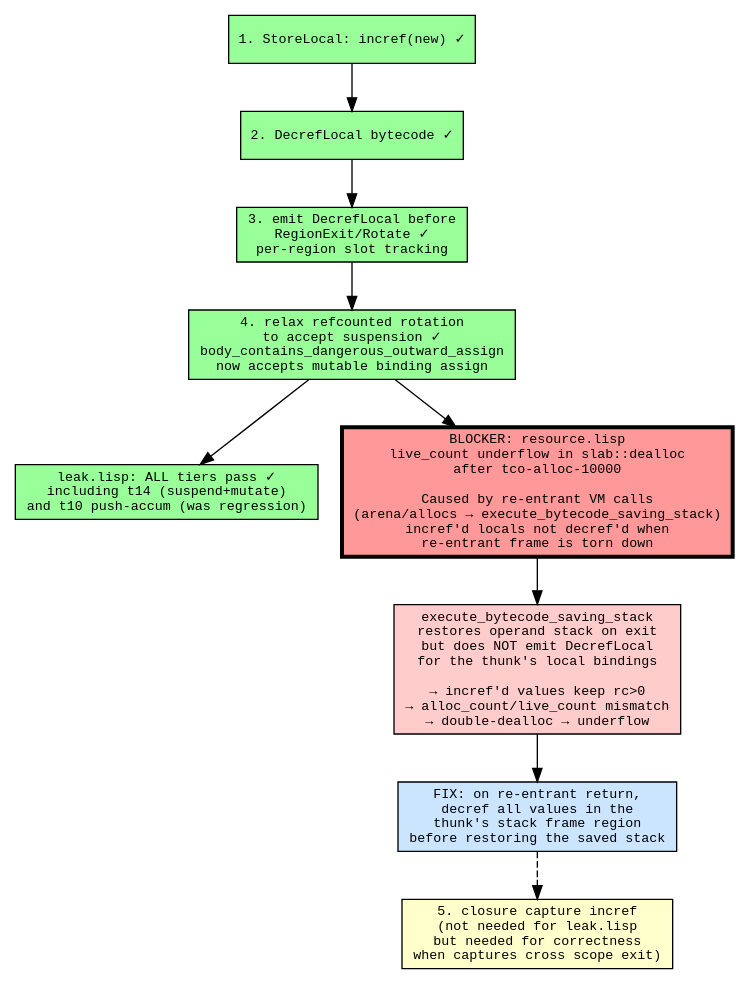
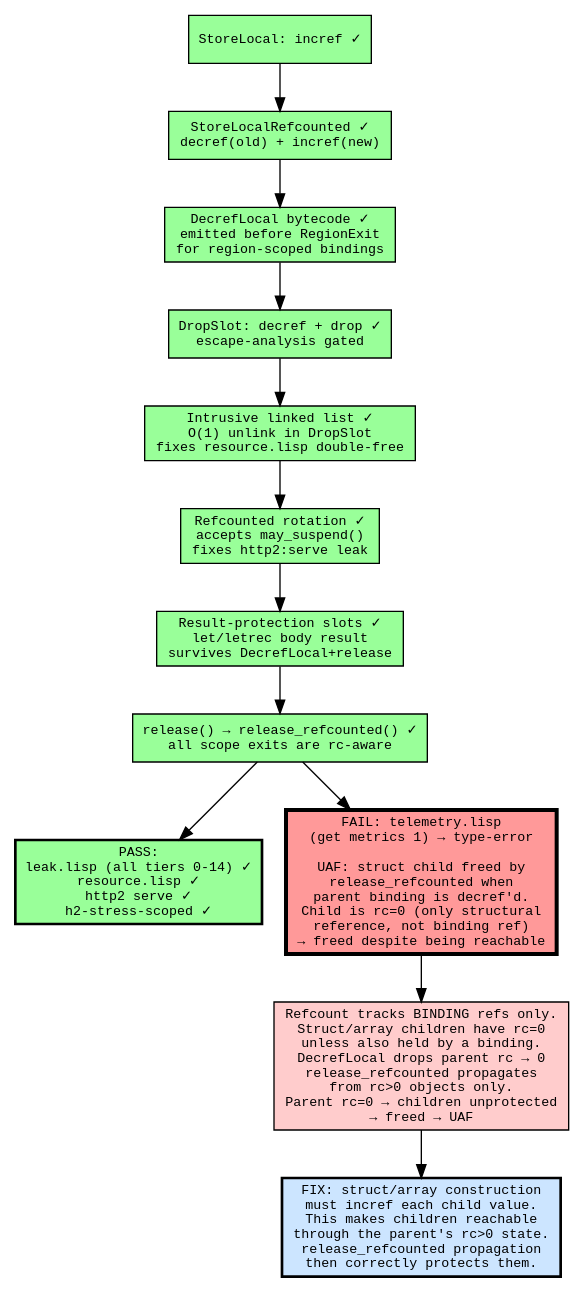
One commit to elle-lisp/elle changed the diagram in reports/jit-hang-debug.dot. Above: the diagram before and after it, drawn with Graphviz. The commit also changed 4 other files, not shown here.

First line of the commit message:
Alloc-time child incref + decref-on-free for structural references

```diff
--- a/reports/jit-hang-debug.dot
+++ b/reports/jit-hang-debug.dot
@@ -1,33 +1,33 @@
 digraph refcount_protocol {
     rankdir=TB;
     node [shape=box, style=filled, fontname="monospace", fontsize=10];
     edge [fontname="monospace", fontsize=9];
 
     // ── Completed ────────────────────────────────────────────────
-    step1 [label="1. StoreLocal: incref(new) ✓", fillcolor="#99ff99"];
-    step2 [label="2. DecrefLocal bytecode ✓", fillcolor="#99ff99"];
-    step3 [label="3. emit DecrefLocal before\nRegionExit/Rotate ✓\nper-region slot tracking", fillcolor="#99ff99"];
-    step4 [label="4. relax refcounted rotation\nto accept suspension ✓\nbody_contains_dangerous_outward_assign\nnow accepts mutable binding assign", fillcolor="#99ff99"];
+    s1 [label="StoreLocal: incref ✓", fillcolor="#99ff99"];
+    s2 [label="StoreLocalRefcounted ✓\ndecref(old) + incref(new)", fillcolor="#99ff99"];
+    s3 [label="DecrefLocal bytecode ✓\nemitted before RegionExit\nfor region-scoped bindings", fillcolor="#99ff99"];
+    s4 [label="DropSlot: decref + drop ✓\nescape-analysis gated", fillcolor="#99ff99"];
+    s5 [label="Intrusive linked list ✓\nO(1) unlink in DropSlot\nfixes resource.lisp double-free", fillcolor="#99ff99"];
+    s6 [label="Refcounted rotation ✓\naccepts may_suspend()\nfixes http2:serve leak", fillcolor="#99ff99"];
+    s7 [label="Result-protection slots ✓\nlet/letrec body result\nsurvives DecrefLocal+release", fillcolor="#99ff99"];
+    s8 [label="release() → release_refcounted() ✓\nall scope exits are rc-aware", fillcolor="#99ff99"];
 
-    // ── Test results ─────────────────────────────────────────────
-    leak_pass [label="leak.lisp: ALL tiers pass ✓\nincluding t14 (suspend+mutate)\nand t10 push-accum (was regression)", fillcolor="#99ff99"];
+    // ── Test status ──────────────────────────────────────────────
+    pass [label="PASS:\nleak.lisp (all tiers 0-14) ✓\nresource.lisp ✓\nhttp2 serve ✓\nh2-stress-scoped ✓", fillcolor="#99ff99", penwidth=2];
 
     // ── Current blocker ──────────────────────────────────────────
-    blocker [label="BLOCKER: resource.lisp\nlive_count underflow in slab::dealloc\nafter tco-alloc-10000\n\nCaused by re-entrant VM calls\n(arena/allocs → execute_bytecode_saving_stack)\nincref'd locals not decref'd when\nre-entrant frame is torn down", fillcolor="#ff9999", penwidth=3];
+    blocker [label="FAIL: telemetry.lisp\n(get metrics 1) → type-error\n\nUAF: struct child freed by\nrelease_refcounted when\nparent binding is decref'd.\nChild is rc=0 (only structural\nreference, not binding ref)\n→ freed despite being reachable", fillcolor="#ff9999", penwidth=3];
 
     // ── Root cause ───────────────────────────────────────────────
-    cause [label="execute_bytecode_saving_stack\nrestores operand stack on exit\nbut does NOT emit DecrefLocal\nfor the thunk's local bindings\n\n→ incref'd values keep rc>0\n→ alloc_count/live_count mismatch\n→ double-dealloc → underflow", fillcolor="#ffcccc"];
+    cause [label="Refcount tracks BINDING refs only.\nStruct/array children have rc=0\nunless also held by a binding.\nDecrefLocal drops parent rc → 0\nrelease_refcounted propagates\nfrom rc>0 objects only.\nParent rc=0 → children unprotected\n→ freed → UAF", fillcolor="#ffcccc"];
 
-    // ── Fix options ──────────────────────────────────────────────
-    fix [label="FIX: on re-entrant return,\ndecref all values in the\nthunk's stack frame region\nbefore restoring the saved stack", fillcolor="#cce5ff"];
-
-    // ── Remaining work ───────────────────────────────────────────
-    step5 [label="5. closure capture incref\n(not needed for leak.lisp\nbut needed for correctness\nwhen captures cross scope exit)", fillcolor="#ffffcc"];
+    // ── Fix ──────────────────────────────────────────────────────
+    fix [label="FIX: struct/array construction\nmust incref each child value.\nThis makes children reachable\nthrough the parent's rc>0 state.\nrelease_refcounted propagation\nthen correctly protects them.", fillcolor="#cce5ff", penwidth=2];
 
     // ── Edges ────────────────────────────────────────────────────
-    step1 -> step2 -> step3 -> step4;
-    step4 -> leak_pass;
-    step4 -> blocker;
+    s1 -> s2 -> s3 -> s4 -> s5 -> s6 -> s7 -> s8;
+    s8 -> pass;
+    s8 -> blocker;
     blocker -> cause -> fix;
-    fix -> step5 [style=dashed];
 }
```
